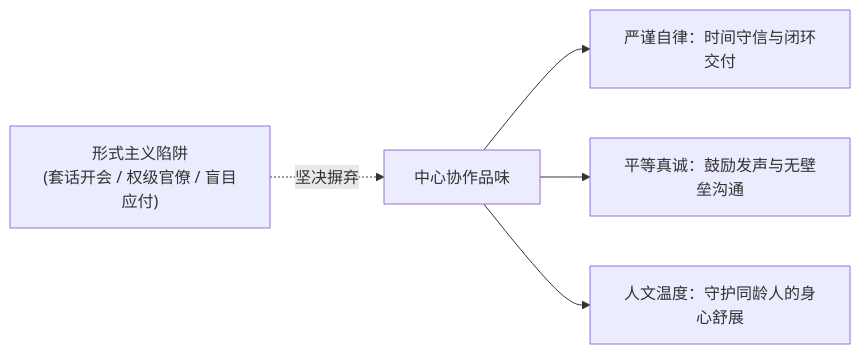
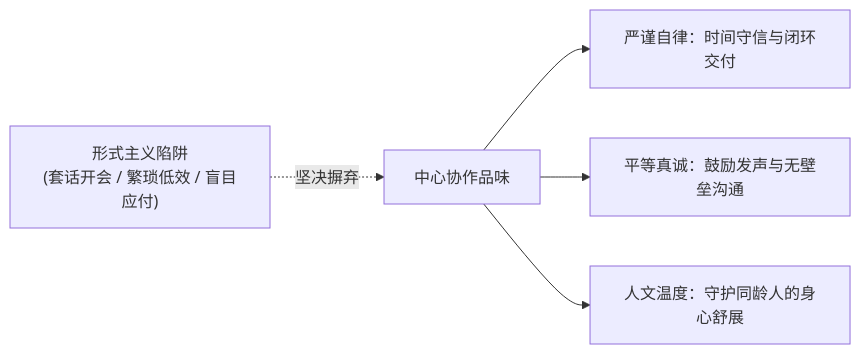
Before and after one commit to NJUPT-CS-StuDev/studev: the second of 2 diagrams in src/content/study/craft-collective-learning.md, drawn with Mermaid. The commit also changed other lines of this file and 7 other files, not shown here.

````diff
--- a/src/content/study/craft-collective-learning.md
+++ b/src/content/study/craft-collective-learning.md
@@ -128,7 +128,7 @@
 ```mermaid
 graph LR
-    A["形式主义陷阱<br/>(套话开会 / 权级官僚 / 盲目应付)"] -.->|坚决摒弃| B["中心协作品味"]
+    A["形式主义陷阱<br/>(套话开会 / 繁琐低效 / 盲目应付)"] -.->|坚决摒弃| B["中心协作品味"]
     B --> C1["严谨自律：时间守信与闭环交付"]
     B --> C2["平等真诚：鼓励发声与无壁垒沟通"]
     B --> C3["人文温度：守护同龄人的身心舒展"]
 ```
````
